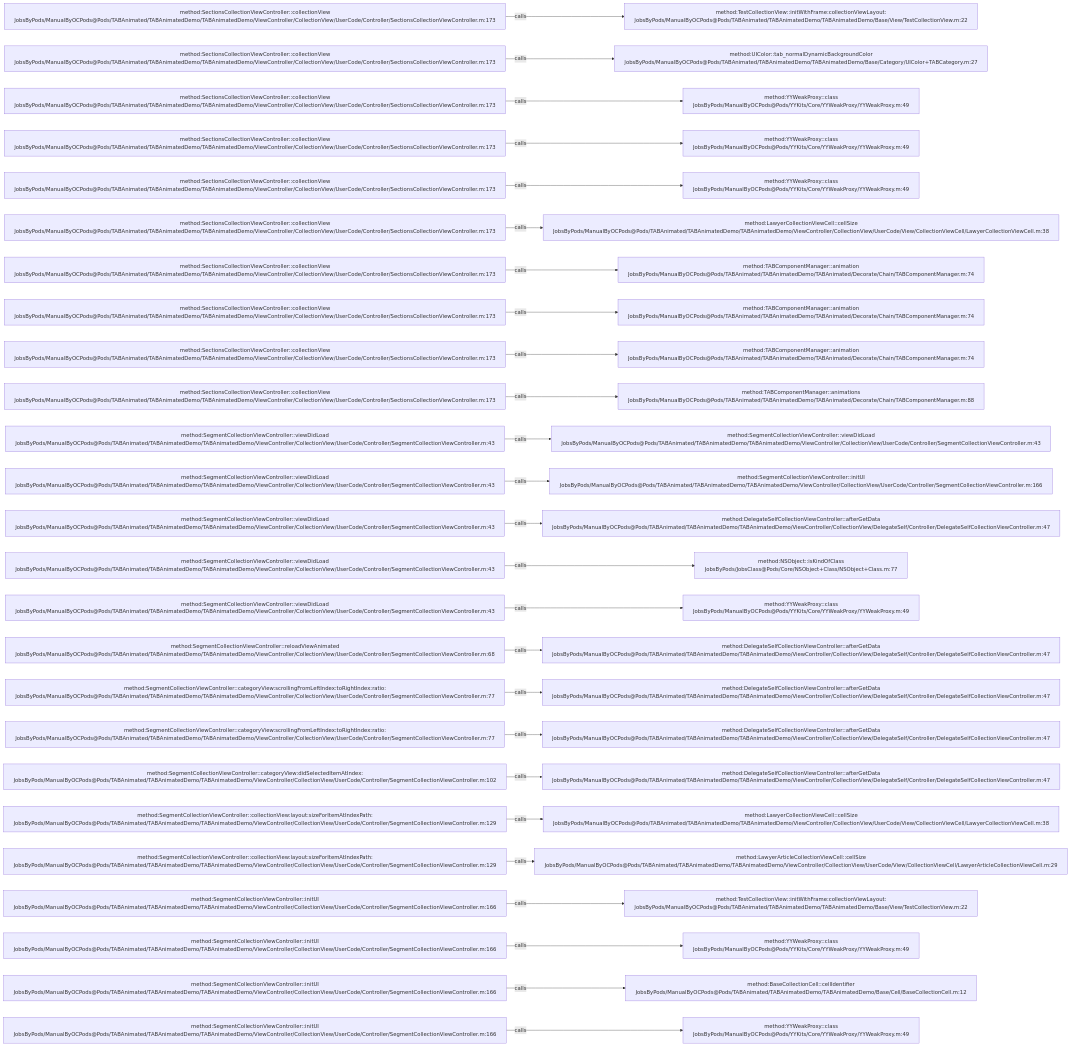
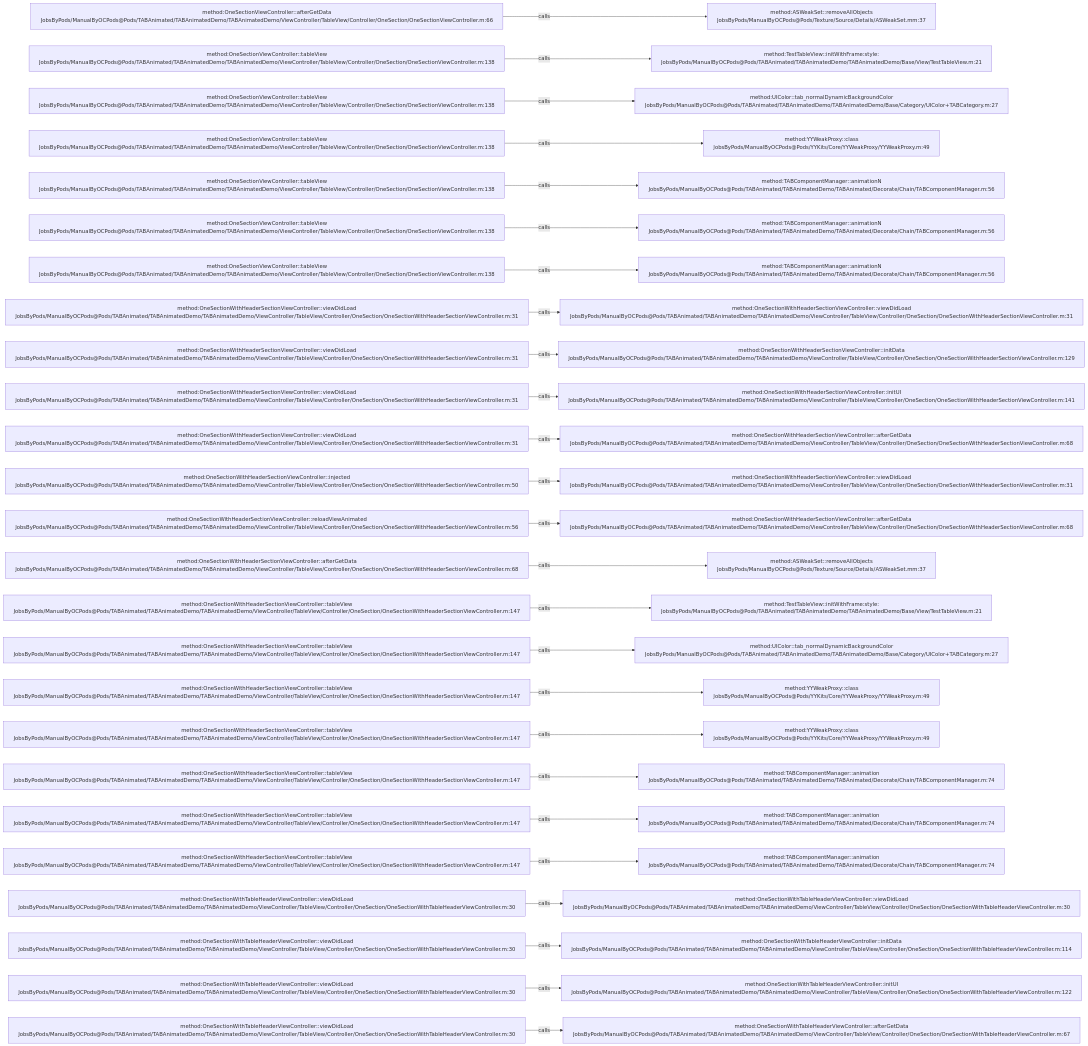
Before and after one commit to JobsKits/JobsOCBaseConfigDemo: the diagram in .codegraph/codegraph.md/graphs/calls-043.md, drawn with Mermaid. The commit also changed 2723 other files, not shown here.

````diff
--- a/.codegraph/codegraph.md/graphs/calls-043.md
+++ b/.codegraph/codegraph.md/graphs/calls-043.md
@@ -13,78 +13,78 @@
 ```mermaid
 flowchart LR
-  S1["method:SectionsCollectionViewController::collectionView<br/>JobsByPods/ManualByOCPods@Pods/TABAnimated/TABAnimatedDemo/TABAnimatedDemo/ViewController/CollectionView/UserCode/Controller/SectionsCollectionViewController.m:173"]
-  T1["method:TestCollectionView::initWithFrame:collectionViewLayout:<br/>JobsByPods/ManualByOCPods@Pods/TABAnimated/TABAnimatedDemo/TABAnimatedDemo/Base/View/TestCollectionView.m:22"]
+  S1["method:OneSectionViewController::afterGetData<br/>JobsByPods/ManualByOCPods@Pods/TABAnimated/TABAnimatedDemo/TABAnimatedDemo/ViewController/TableView/Controller/OneSection/OneSectionViewController.m:66"]
+  T1["method:ASWeakSet::removeAllObjects<br/>JobsByPods/ManualByOCPods@Pods/Texture/Source/Details/ASWeakSet.mm:37"]
   S1 -->|calls| T1
-  S2["method:SectionsCollectionViewController::collectionView<br/>JobsByPods/ManualByOCPods@Pods/TABAnimated/TABAnimatedDemo/TABAnimatedDemo/ViewController/CollectionView/UserCode/Controller/SectionsCollectionViewController.m:173"]
-  T2["method:UIColor::tab_normalDynamicBackgroundColor<br/>JobsByPods/ManualByOCPods@Pods/TABAnimated/TABAnimatedDemo/TABAnimatedDemo/Base/Category/UIColor+TABCategory.m:27"]
+  S2["method:OneSectionViewController::tableView<br/>JobsByPods/ManualByOCPods@Pods/TABAnimated/TABAnimatedDemo/TABAnimatedDemo/ViewController/TableView/Controller/OneSection/OneSectionViewController.m:138"]
+  T2["method:TestTableView::initWithFrame:style:<br/>JobsByPods/ManualByOCPods@Pods/TABAnimated/TABAnimatedDemo/TABAnimatedDemo/Base/View/TestTableView.m:21"]
   S2 -->|calls| T2
-  S3["method:SectionsCollectionViewController::collectionView<br/>JobsByPods/ManualByOCPods@Pods/TABAnimated/TABAnimatedDemo/TABAnimatedDemo/ViewController/CollectionView/UserCode/Controller/SectionsCollectionViewController.m:173"]
-  T3["method:YYWeakProxy::class<br/>JobsByPods/ManualByOCPods@Pods/YYKits/Core/YYWeakProxy/YYWeakProxy.m:49"]
+  S3["method:OneSectionViewController::tableView<br/>JobsByPods/ManualByOCPods@Pods/TABAnimated/TABAnimatedDemo/TABAnimatedDemo/ViewController/TableView/Controller/OneSection/OneSectionViewController.m:138"]
+  T3["method:UIColor::tab_normalDynamicBackgroundColor<br/>JobsByPods/ManualByOCPods@Pods/TABAnimated/TABAnimatedDemo/TABAnimatedDemo/Base/Category/UIColor+TABCategory.m:27"]
   S3 -->|calls| T3
-  S4["method:SectionsCollectionViewController::collectionView<br/>JobsByPods/ManualByOCPods@Pods/TABAnimated/TABAnimatedDemo/TABAnimatedDemo/ViewController/CollectionView/UserCode/Controller/SectionsCollectionViewController.m:173"]
+  S4["method:OneSectionViewController::tableView<br/>JobsByPods/ManualByOCPods@Pods/TABAnimated/TABAnimatedDemo/TABAnimatedDemo/ViewController/TableView/Controller/OneSection/OneSectionViewController.m:138"]
   T4["method:YYWeakProxy::class<br/>JobsByPods/ManualByOCPods@Pods/YYKits/Core/YYWeakProxy/YYWeakProxy.m:49"]
   S4 -->|calls| T4
-  S5["method:SectionsCollectionViewController::collectionView<br/>JobsByPods/ManualByOCPods@Pods/TABAnimated/TABAnimatedDemo/TABAnimatedDemo/ViewController/CollectionView/UserCode/Controller/SectionsCollectionViewController.m:173"]
-  T5["method:YYWeakProxy::class<br/>JobsByPods/ManualByOCPods@Pods/YYKits/Core/YYWeakProxy/YYWeakProxy.m:49"]
+  S5["method:OneSectionViewController::tableView<br/>JobsByPods/ManualByOCPods@Pods/TABAnimated/TABAnimatedDemo/TABAnimatedDemo/ViewController/TableView/Controller/OneSection/OneSectionViewController.m:138"]
+  T5["method:TABComponentManager::animationN<br/>JobsByPods/ManualByOCPods@Pods/TABAnimated/TABAnimatedDemo/TABAnimated/Decorate/Chain/TABComponentManager.m:56"]
   S5 -->|calls| T5
-  S6["method:SectionsCollectionViewController::collectionView<br/>JobsByPods/ManualByOCPods@Pods/TABAnimated/TABAnimatedDemo/TABAnimatedDemo/ViewController/CollectionView/UserCode/Controller/SectionsCollectionViewController.m:173"]
-  T6["method:LawyerCollectionViewCell::cellSize<br/>JobsByPods/ManualByOCPods@Pods/TABAnimated/TABAnimatedDemo/TABAnimatedDemo/ViewController/CollectionView/UserCode/View/CollectionViewCell/LawyerCollectionViewCell.m:38"]
+  S6["method:OneSectionViewController::tableView<br/>JobsByPods/ManualByOCPods@Pods/TABAnimated/TABAnimatedDemo/TABAnimatedDemo/ViewController/TableView/Controller/OneSection/OneSectionViewController.m:138"]
+  T6["method:TABComponentManager::animationN<br/>JobsByPods/ManualByOCPods@Pods/TABAnimated/TABAnimatedDemo/TABAnimated/Decorate/Chain/TABComponentManager.m:56"]
   S6 -->|calls| T6
-  S7["method:SectionsCollectionViewController::collectionView<br/>JobsByPods/ManualByOCPods@Pods/TABAnimated/TABAnimatedDemo/TABAnimatedDemo/ViewController/CollectionView/UserCode/Controller/SectionsCollectionViewController.m:173"]
-  T7["method:TABComponentManager::animation<br/>JobsByPods/ManualByOCPods@Pods/TABAnimated/TABAnimatedDemo/TABAnimated/Decorate/Chain/TABComponentManager.m:74"]
+  S7["method:OneSectionViewController::tableView<br/>JobsByPods/ManualByOCPods@Pods/TABAnimated/TABAnimatedDemo/TABAnimatedDemo/ViewController/TableView/Controller/OneSection/OneSectionViewController.m:138"]
+  T7["method:TABComponentManager::animationN<br/>JobsByPods/ManualByOCPods@Pods/TABAnimated/TABAnimatedDemo/TABAnimated/Decorate/Chain/TABComponentManager.m:56"]
   S7 -->|calls| T7
-  S8["method:SectionsCollectionViewController::collectionView<br/>JobsByPods/ManualByOCPods@Pods/TABAnimated/TABAnimatedDemo/TABAnimatedDemo/ViewController/CollectionView/UserCode/Controller/SectionsCollectionViewController.m:173"]
-  T8["method:TABComponentManager::animation<br/>JobsByPods/ManualByOCPods@Pods/TABAnimated/TABAnimatedDemo/TABAnimated/Decorate/Chain/TABComponentManager.m:74"]
+  S8["method:OneSectionWithHeaderSectionViewController::viewDidLoad<br/>JobsByPods/ManualByOCPods@Pods/TABAnimated/TABAnimatedDemo/TABAnimatedDemo/ViewController/TableView/Controller/OneSection/OneSectionWithHeaderSectionViewController.m:31"]
+  T8["method:OneSectionWithHeaderSectionViewController::viewDidLoad<br/>JobsByPods/ManualByOCPods@Pods/TABAnimated/TABAnimatedDemo/TABAnimatedDemo/ViewController/TableView/Controller/OneSection/OneSectionWithHeaderSectionViewController.m:31"]
   S8 -->|calls| T8
-  S9["method:SectionsCollectionViewController::collectionView<br/>JobsByPods/ManualByOCPods@Pods/TABAnimated/TABAnimatedDemo/TABAnimatedDemo/ViewController/CollectionView/UserCode/Controller/SectionsCollectionViewController.m:173"]
-  T9["method:TABComponentManager::animation<br/>JobsByPods/ManualByOCPods@Pods/TABAnimated/TABAnimatedDemo/TABAnimated/Decorate/Chain/TABComponentManager.m:74"]
+  S9["method:OneSectionWithHeaderSectionViewController::viewDidLoad<br/>JobsByPods/ManualByOCPods@Pods/TABAnimated/TABAnimatedDemo/TABAnimatedDemo/ViewController/TableView/Controller/OneSection/OneSectionWithHeaderSectionViewController.m:31"]
+  T9["method:OneSectionWithHeaderSectionViewController::initData<br/>JobsByPods/ManualByOCPods@Pods/TABAnimated/TABAnimatedDemo/TABAnimatedDemo/ViewController/TableView/Controller/OneSection/OneSectionWithHeaderSectionViewController.m:129"]
   S9 -->|calls| T9
-  S10["method:SectionsCollectionViewController::collectionView<br/>JobsByPods/ManualByOCPods@Pods/TABAnimated/TABAnimatedDemo/TABAnimatedDemo/ViewController/CollectionView/UserCode/Controller/SectionsCollectionViewController.m:173"]
-  T10["method:TABComponentManager::animations<br/>JobsByPods/ManualByOCPods@Pods/TABAnimated/TABAnimatedDemo/TABAnimated/Decorate/Chain/TABComponentManager.m:88"]
+  S10["method:OneSectionWithHeaderSectionViewController::viewDidLoad<br/>JobsByPods/ManualByOCPods@Pods/TABAnimated/TABAnimatedDemo/TABAnimatedDemo/ViewController/TableView/Controller/OneSection/OneSectionWithHeaderSectionViewController.m:31"]
+  T10["method:OneSectionWithHeaderSectionViewController::initUI<br/>JobsByPods/ManualByOCPods@Pods/TABAnimated/TABAnimatedDemo/TABAnimatedDemo/ViewController/TableView/Controller/OneSection/OneSectionWithHeaderSectionViewController.m:141"]
   S10 -->|calls| T10
-  S11["method:SegmentCollectionViewController::viewDidLoad<br/>JobsByPods/ManualByOCPods@Pods/TABAnimated/TABAnimatedDemo/TABAnimatedDemo/ViewController/CollectionView/UserCode/Controller/SegmentCollectionViewController.m:43"]
-  T11["method:SegmentCollectionViewController::viewDidLoad<br/>JobsByPods/ManualByOCPods@Pods/TABAnimated/TABAnimatedDemo/TABAnimatedDemo/ViewController/CollectionView/UserCode/Controller/SegmentCollectionViewController.m:43"]
+  S11["method:OneSectionWithHeaderSectionViewController::viewDidLoad<br/>JobsByPods/ManualByOCPods@Pods/TABAnimated/TABAnimatedDemo/TABAnimatedDemo/ViewController/TableView/Controller/OneSection/OneSectionWithHeaderSectionViewController.m:31"]
+  T11["method:OneSectionWithHeaderSectionViewController::afterGetData<br/>JobsByPods/ManualByOCPods@Pods/TABAnimated/TABAnimatedDemo/TABAnimatedDemo/ViewController/TableView/Controller/OneSection/OneSectionWithHeaderSectionViewController.m:68"]
   S11 -->|calls| T11
-  S12["method:SegmentCollectionViewController::viewDidLoad<br/>JobsByPods/ManualByOCPods@Pods/TABAnimated/TABAnimatedDemo/TABAnimatedDemo/ViewController/CollectionView/UserCode/Controller/SegmentCollectionViewController.m:43"]
-  T12["method:SegmentCollectionViewController::initUI<br/>JobsByPods/ManualByOCPods@Pods/TABAnimated/TABAnimatedDemo/TABAnimatedDemo/ViewController/CollectionView/UserCode/Controller/SegmentCollectionViewController.m:166"]
+  S12["method:OneSectionWithHeaderSectionViewController::injected<br/>JobsByPods/ManualByOCPods@Pods/TABAnimated/TABAnimatedDemo/TABAnimatedDemo/ViewController/TableView/Controller/OneSection/OneSectionWithHeaderSectionViewController.m:50"]
+  T12["method:OneSectionWithHeaderSectionViewController::viewDidLoad<br/>JobsByPods/ManualByOCPods@Pods/TABAnimated/TABAnimatedDemo/TABAnimatedDemo/ViewController/TableView/Controller/OneSection/OneSectionWithHeaderSectionViewController.m:31"]
   S12 -->|calls| T12
-  S13["method:SegmentCollectionViewController::viewDidLoad<br/>JobsByPods/ManualByOCPods@Pods/TABAnimated/TABAnimatedDemo/TABAnimatedDemo/ViewController/CollectionView/UserCode/Controller/SegmentCollectionViewController.m:43"]
-  T13["method:DelegateSelfCollectionViewController::afterGetData<br/>JobsByPods/ManualByOCPods@Pods/TABAnimated/TABAnimatedDemo/TABAnimatedDemo/ViewController/CollectionView/DelegateSelf/Controller/DelegateSelfCollectionViewController.m:47"]
+  S13["method:OneSectionWithHeaderSectionViewController::reloadViewAnimated<br/>JobsByPods/ManualByOCPods@Pods/TABAnimated/TABAnimatedDemo/TABAnimatedDemo/ViewController/TableView/Controller/OneSection/OneSectionWithHeaderSectionViewController.m:56"]
+  T13["method:OneSectionWithHeaderSectionViewController::afterGetData<br/>JobsByPods/ManualByOCPods@Pods/TABAnimated/TABAnimatedDemo/TABAnimatedDemo/ViewController/TableView/Controller/OneSection/OneSectionWithHeaderSectionViewController.m:68"]
   S13 -->|calls| T13
-  S14["method:SegmentCollectionViewController::viewDidLoad<br/>JobsByPods/ManualByOCPods@Pods/TABAnimated/TABAnimatedDemo/TABAnimatedDemo/ViewController/CollectionView/UserCode/Controller/SegmentCollectionViewController.m:43"]
-  T14["method:NSObject::isKindOfClass<br/>JobsByPods/JobsClass@Pods/Core/NSObject+Class/NSObject+Class.m:77"]
+  S14["method:OneSectionWithHeaderSectionViewController::afterGetData<br/>JobsByPods/ManualByOCPods@Pods/TABAnimated/TABAnimatedDemo/TABAnimatedDemo/ViewController/TableView/Controller/OneSection/OneSectionWithHeaderSectionViewController.m:68"]
+  T14["method:ASWeakSet::removeAllObjects<br/>JobsByPods/ManualByOCPods@Pods/Texture/Source/Details/ASWeakSet.mm:37"]
   S14 -->|calls| T14
-  S15["method:SegmentCollectionViewController::viewDidLoad<br/>JobsByPods/ManualByOCPods@Pods/TABAnimated/TABAnimatedDemo/TABAnimatedDemo/ViewController/CollectionView/UserCode/Controller/SegmentCollectionViewController.m:43"]
-  T15["method:YYWeakProxy::class<br/>JobsByPods/ManualByOCPods@Pods/YYKits/Core/YYWeakProxy/YYWeakProxy.m:49"]
+  S15["method:OneSectionWithHeaderSectionViewController::tableView<br/>JobsByPods/ManualByOCPods@Pods/TABAnimated/TABAnimatedDemo/TABAnimatedDemo/ViewController/TableView/Controller/OneSection/OneSectionWithHeaderSectionViewController.m:147"]
+  T15["method:TestTableView::initWithFrame:style:<br/>JobsByPods/ManualByOCPods@Pods/TABAnimated/TABAnimatedDemo/TABAnimatedDemo/Base/View/TestTableView.m:21"]
   S15 -->|calls| T15
-  S16["method:SegmentCollectionViewController::reloadViewAnimated<br/>JobsByPods/ManualByOCPods@Pods/TABAnimated/TABAnimatedDemo/TABAnimatedDemo/ViewController/CollectionView/UserCode/Controller/SegmentCollectionViewController.m:68"]
-  T16["method:DelegateSelfCollectionViewController::afterGetData<br/>JobsByPods/ManualByOCPods@Pods/TABAnimated/TABAnimatedDemo/TABAnimatedDemo/ViewController/CollectionView/DelegateSelf/Controller/DelegateSelfCollectionViewController.m:47"]
+  S16["method:OneSectionWithHeaderSectionViewController::tableView<br/>JobsByPods/ManualByOCPods@Pods/TABAnimated/TABAnimatedDemo/TABAnimatedDemo/ViewController/TableView/Controller/OneSection/OneSectionWithHeaderSectionViewController.m:147"]
+  T16["method:UIColor::tab_normalDynamicBackgroundColor<br/>JobsByPods/ManualByOCPods@Pods/TABAnimated/TABAnimatedDemo/TABAnimatedDemo/Base/Category/UIColor+TABCategory.m:27"]
   S16 -->|calls| T16
-  S17["method:SegmentCollectionViewController::categoryView:scrollingFromLeftIndex:toRightIndex:ratio:<br/>JobsByPods/ManualByOCPods@Pods/TABAnimated/TABAnimatedDemo/TABAnimatedDemo/ViewController/CollectionView/UserCode/Controller/SegmentCollectionViewController.m:77"]
-  T17["method:DelegateSelfCollectionViewController::afterGetData<br/>JobsByPods/ManualByOCPods@Pods/TABAnimated/TABAnimatedDemo/TABAnimatedDemo/ViewController/CollectionView/DelegateSelf/Controller/DelegateSelfCollectionViewController.m:47"]
+  S17["method:OneSectionWithHeaderSectionViewController::tableView<br/>JobsByPods/ManualByOCPods@Pods/TABAnimated/TABAnimatedDemo/TABAnimatedDemo/ViewController/TableView/Controller/OneSection/OneSectionWithHeaderSectionViewController.m:147"]
+  T17["method:YYWeakProxy::class<br/>JobsByPods/ManualByOCPods@Pods/YYKits/Core/YYWeakProxy/YYWeakProxy.m:49"]
   S17 -->|calls| T17
-  S18["method:SegmentCollectionViewController::categoryView:scrollingFromLeftIndex:toRightIndex:ratio:<br/>JobsByPods/ManualByOCPods@Pods/TABAnimated/TABAnimatedDemo/TABAnimatedDemo/ViewController/CollectionView/UserCode/Controller/SegmentCollectionViewController.m:77"]
-  T18["method:DelegateSelfCollectionViewController::afterGetData<br/>JobsByPods/ManualByOCPods@Pods/TABAnimated/TABAnimatedDemo/TABAnimatedDemo/ViewController/CollectionView/DelegateSelf/Controller/DelegateSelfCollectionViewController.m:47"]
+  S18["method:OneSectionWithHeaderSectionViewController::tableView<br/>JobsByPods/ManualByOCPods@Pods/TABAnimated/TABAnimatedDemo/TABAnimatedDemo/ViewController/TableView/Controller/OneSection/OneSectionWithHeaderSectionViewController.m:147"]
+  T18["method:YYWeakProxy::class<br/>JobsByPods/ManualByOCPods@Pods/YYKits/Core/YYWeakProxy/YYWeakProxy.m:49"]
   S18 -->|calls| T18
-  S19["method:SegmentCollectionViewController::categoryView:didSelectedItemAtIndex:<br/>JobsByPods/ManualByOCPods@Pods/TABAnimated/TABAnimatedDemo/TABAnimatedDemo/ViewController/CollectionView/UserCode/Controller/SegmentCollectionViewController.m:102"]
-  T19["method:DelegateSelfCollectionViewController::afterGetData<br/>JobsByPods/ManualByOCPods@Pods/TABAnimated/TABAnimatedDemo/TABAnimatedDemo/ViewController/CollectionView/DelegateSelf/Controller/DelegateSelfCollectionViewController.m:47"]
+  S19["method:OneSectionWithHeaderSectionViewController::tableView<br/>JobsByPods/ManualByOCPods@Pods/TABAnimated/TABAnimatedDemo/TABAnimatedDemo/ViewController/TableView/Controller/OneSection/OneSectionWithHeaderSectionViewController.m:147"]
+  T19["method:TABComponentManager::animation<br/>JobsByPods/ManualByOCPods@Pods/TABAnimated/TABAnimatedDemo/TABAnimated/Decorate/Chain/TABComponentManager.m:74"]
   S19 -->|calls| T19
-  S20["method:SegmentCollectionViewController::collectionView:layout:sizeForItemAtIndexPath:<br/>JobsByPods/ManualByOCPods@Pods/TABAnimated/TABAnimatedDemo/TABAnimatedDemo/ViewController/CollectionView/UserCode/Controller/SegmentCollectionViewController.m:129"]
-  T20["method:LawyerCollectionViewCell::cellSize<br/>JobsByPods/ManualByOCPods@Pods/TABAnimated/TABAnimatedDemo/TABAnimatedDemo/ViewController/CollectionView/UserCode/View/CollectionViewCell/LawyerCollectionViewCell.m:38"]
+  S20["method:OneSectionWithHeaderSectionViewController::tableView<br/>JobsByPods/ManualByOCPods@Pods/TABAnimated/TABAnimatedDemo/TABAnimatedDemo/ViewController/TableView/Controller/OneSection/OneSectionWithHeaderSectionViewController.m:147"]
+  T20["method:TABComponentManager::animation<br/>JobsByPods/ManualByOCPods@Pods/TABAnimated/TABAnimatedDemo/TABAnimated/Decorate/Chain/TABComponentManager.m:74"]
   S20 -->|calls| T20
-  S21["method:SegmentCollectionViewController::collectionView:layout:sizeForItemAtIndexPath:<br/>JobsByPods/ManualByOCPods@Pods/TABAnimated/TABAnimatedDemo/TABAnimatedDemo/ViewController/CollectionView/UserCode/Controller/SegmentCollectionViewController.m:129"]
-  T21["method:LawyerArticleCollectionViewCell::cellSize<br/>JobsByPods/ManualByOCPods@Pods/TABAnimated/TABAnimatedDemo/TABAnimatedDemo/ViewController/CollectionView/UserCode/View/CollectionViewCell/LawyerArticleCollectionViewCell.m:29"]
+  S21["method:OneSectionWithHeaderSectionViewController::tableView<br/>JobsByPods/ManualByOCPods@Pods/TABAnimated/TABAnimatedDemo/TABAnimatedDemo/ViewController/TableView/Controller/OneSection/OneSectionWithHeaderSectionViewController.m:147"]
+  T21["method:TABComponentManager::animation<br/>JobsByPods/ManualByOCPods@Pods/TABAnimated/TABAnimatedDemo/TABAnimated/Decorate/Chain/TABComponentManager.m:74"]
   S21 -->|calls| T21
-  S22["method:SegmentCollectionViewController::initUI<br/>JobsByPods/ManualByOCPods@Pods/TABAnimated/TABAnimatedDemo/TABAnimatedDemo/ViewController/CollectionView/UserCode/Controller/SegmentCollectionViewController.m:166"]
-  T22["method:TestCollectionView::initWithFrame:collectionViewLayout:<br/>JobsByPods/ManualByOCPods@Pods/TABAnimated/TABAnimatedDemo/TABAnimatedDemo/Base/View/TestCollectionView.m:22"]
+  S22["method:OneSectionWithTableHeaderViewController::viewDidLoad<br/>JobsByPods/ManualByOCPods@Pods/TABAnimated/TABAnimatedDemo/TABAnimatedDemo/ViewController/TableView/Controller/OneSection/OneSectionWithTableHeaderViewController.m:30"]
+  T22["method:OneSectionWithTableHeaderViewController::viewDidLoad<br/>JobsByPods/ManualByOCPods@Pods/TABAnimated/TABAnimatedDemo/TABAnimatedDemo/ViewController/TableView/Controller/OneSection/OneSectionWithTableHeaderViewController.m:30"]
   S22 -->|calls| T22
-  S23["method:SegmentCollectionViewController::initUI<br/>JobsByPods/ManualByOCPods@Pods/TABAnimated/TABAnimatedDemo/TABAnimatedDemo/ViewController/CollectionView/UserCode/Controller/SegmentCollectionViewController.m:166"]
-  T23["method:YYWeakProxy::class<br/>JobsByPods/ManualByOCPods@Pods/YYKits/Core/YYWeakProxy/YYWeakProxy.m:49"]
+  S23["method:OneSectionWithTableHeaderViewController::viewDidLoad<br/>JobsByPods/ManualByOCPods@Pods/TABAnimated/TABAnimatedDemo/TABAnimatedDemo/ViewController/TableView/Controller/OneSection/OneSectionWithTableHeaderViewController.m:30"]
+  T23["method:OneSectionWithTableHeaderViewController::initData<br/>JobsByPods/ManualByOCPods@Pods/TABAnimated/TABAnimatedDemo/TABAnimatedDemo/ViewController/TableView/Controller/OneSection/OneSectionWithTableHeaderViewController.m:114"]
   S23 -->|calls| T23
-  S24["method:SegmentCollectionViewController::initUI<br/>JobsByPods/ManualByOCPods@Pods/TABAnimated/TABAnimatedDemo/TABAnimatedDemo/ViewController/CollectionView/UserCode/Controller/SegmentCollectionViewController.m:166"]
-  T24["method:BaseCollectionCell::cellIdentifier<br/>JobsByPods/ManualByOCPods@Pods/TABAnimated/TABAnimatedDemo/TABAnimatedDemo/Base/Cell/BaseCollectionCell.m:12"]
+  S24["method:OneSectionWithTableHeaderViewController::viewDidLoad<br/>JobsByPods/ManualByOCPods@Pods/TABAnimated/TABAnimatedDemo/TABAnimatedDemo/ViewController/TableView/Controller/OneSection/OneSectionWithTableHeaderViewController.m:30"]
+  T24["method:OneSectionWithTableHeaderViewController::initUI<br/>JobsByPods/ManualByOCPods@Pods/TABAnimated/TABAnimatedDemo/TABAnimatedDemo/ViewController/TableView/Controller/OneSection/OneSectionWithTableHeaderViewController.m:122"]
   S24 -->|calls| T24
-  S25["method:SegmentCollectionViewController::initUI<br/>JobsByPods/ManualByOCPods@Pods/TABAnimated/TABAnimatedDemo/TABAnimatedDemo/ViewController/CollectionView/UserCode/Controller/SegmentCollectionViewController.m:166"]
-  T25["method:YYWeakProxy::class<br/>JobsByPods/ManualByOCPods@Pods/YYKits/Core/YYWeakProxy/YYWeakProxy.m:49"]
+  S25["method:OneSectionWithTableHeaderViewController::viewDidLoad<br/>JobsByPods/ManualByOCPods@Pods/TABAnimated/TABAnimatedDemo/TABAnimatedDemo/ViewController/TableView/Controller/OneSection/OneSectionWithTableHeaderViewController.m:30"]
+  T25["method:OneSectionWithTableHeaderViewController::afterGetData<br/>JobsByPods/ManualByOCPods@Pods/TABAnimated/TABAnimatedDemo/TABAnimatedDemo/ViewController/TableView/Controller/OneSection/OneSectionWithTableHeaderViewController.m:67"]
   S25 -->|calls| T25
 ```
````
